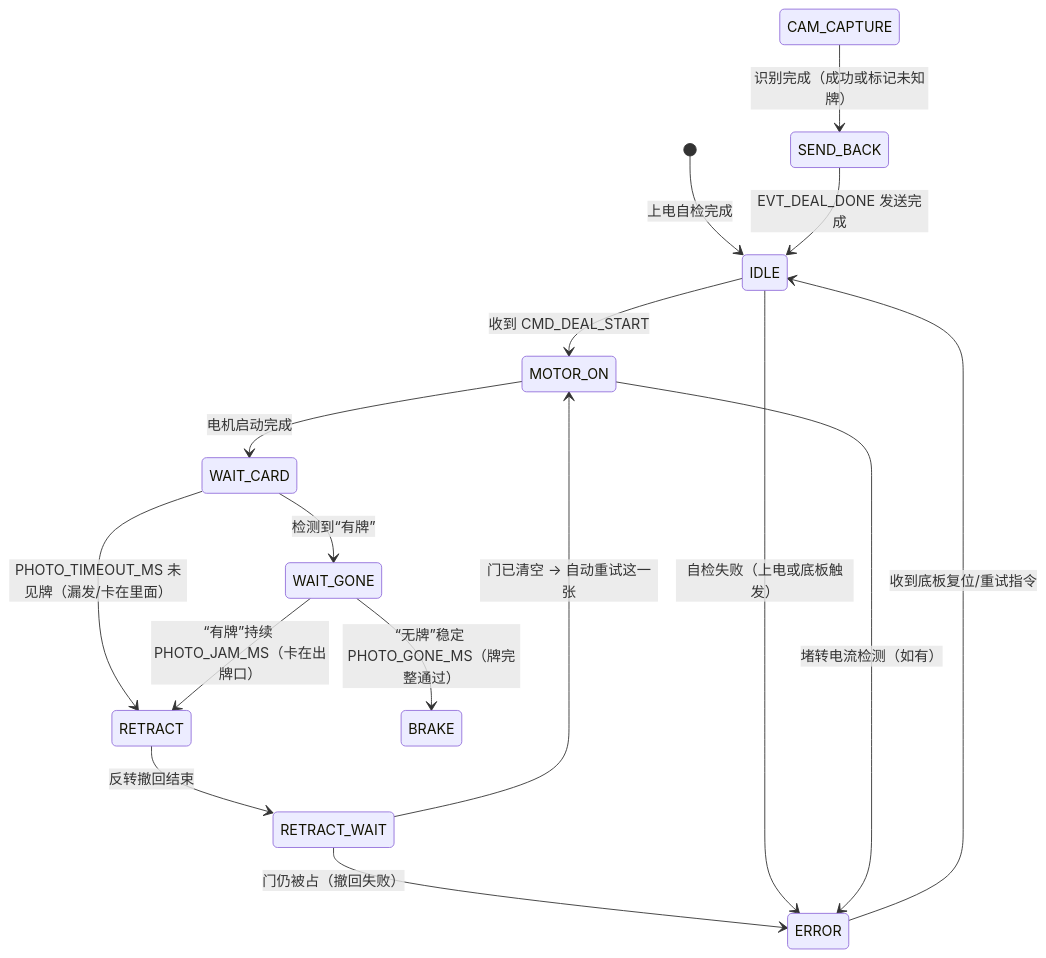
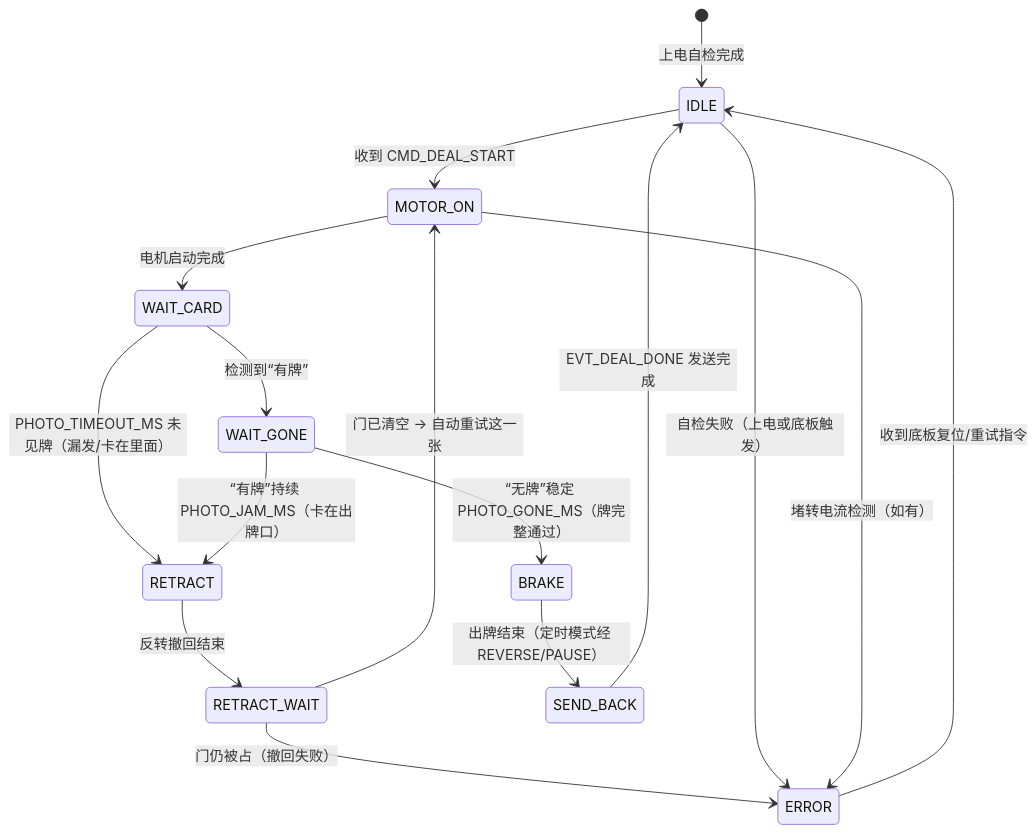
Before and after one commit to psh25/Poker: the diagram in docs/subboard_architecture.md, drawn with Mermaid. The commit also changed other lines of this file and 20 other files, not shown here.

````diff
--- a/docs/subboard_architecture.md
+++ b/docs/subboard_architecture.md
@@ -74,18 +81,19 @@
 ```mermaid
 stateDiagram-v2
     [*] --> IDLE : 上电自检完成
     IDLE --> MOTOR_ON : 收到 CMD_DEAL_START
     MOTOR_ON --> WAIT_CARD : 电机启动完成
     WAIT_CARD --> WAIT_GONE : 检测到“有牌”
     WAIT_CARD --> RETRACT : PHOTO_TIMEOUT_MS 未见牌（漏发/卡在里面）
     WAIT_GONE --> BRAKE : “无牌”稳定 PHOTO_GONE_MS（牌完整通过）
     WAIT_GONE --> RETRACT : “有牌”持续 PHOTO_JAM_MS（卡在出牌口）
     RETRACT --> RETRACT_WAIT : 反转撤回结束
     RETRACT_WAIT --> MOTOR_ON : 门已清空 → 自动重试这一张
     RETRACT_WAIT --> ERROR : 门仍被占（撤回失败）
-    CAM_CAPTURE --> SEND_BACK : 识别完成（成功或标记未知牌）
+    %% 截图会话（CAM_CAPTURE）不占状态机状态：触发与回传解析由 hardware.cpp 独立处理，见 5.7
+    BRAKE --> SEND_BACK : 出牌结束（定时模式经 REVERSE/PAUSE）
     SEND_BACK --> IDLE : EVT_DEAL_DONE 发送完成
     IDLE --> ERROR : 自检失败（上电或底板触发）
     ERROR --> IDLE : 收到底板复位/重试指令
     MOTOR_ON --> ERROR : 堵转电流检测（如有）
 ```
````
